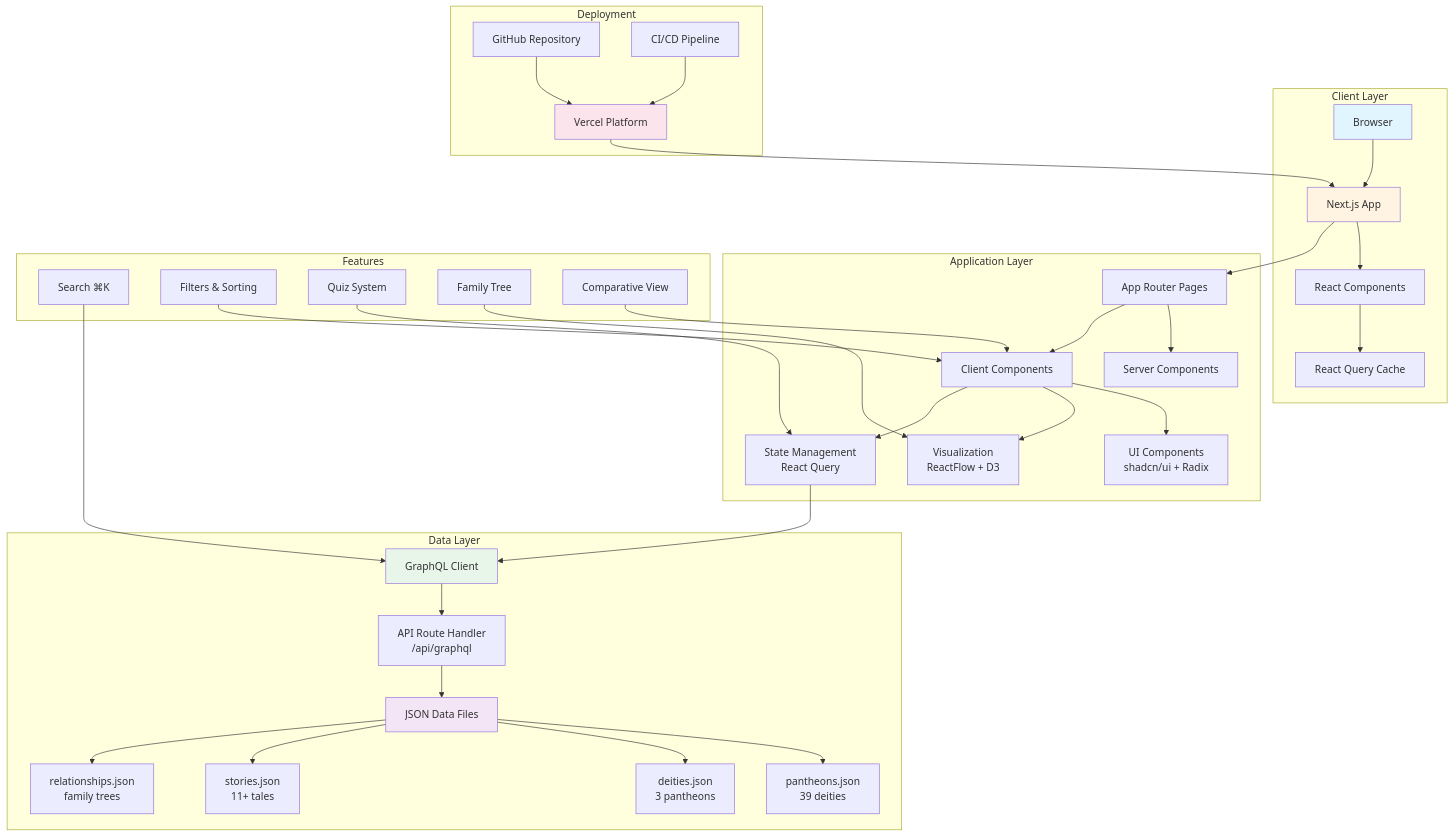
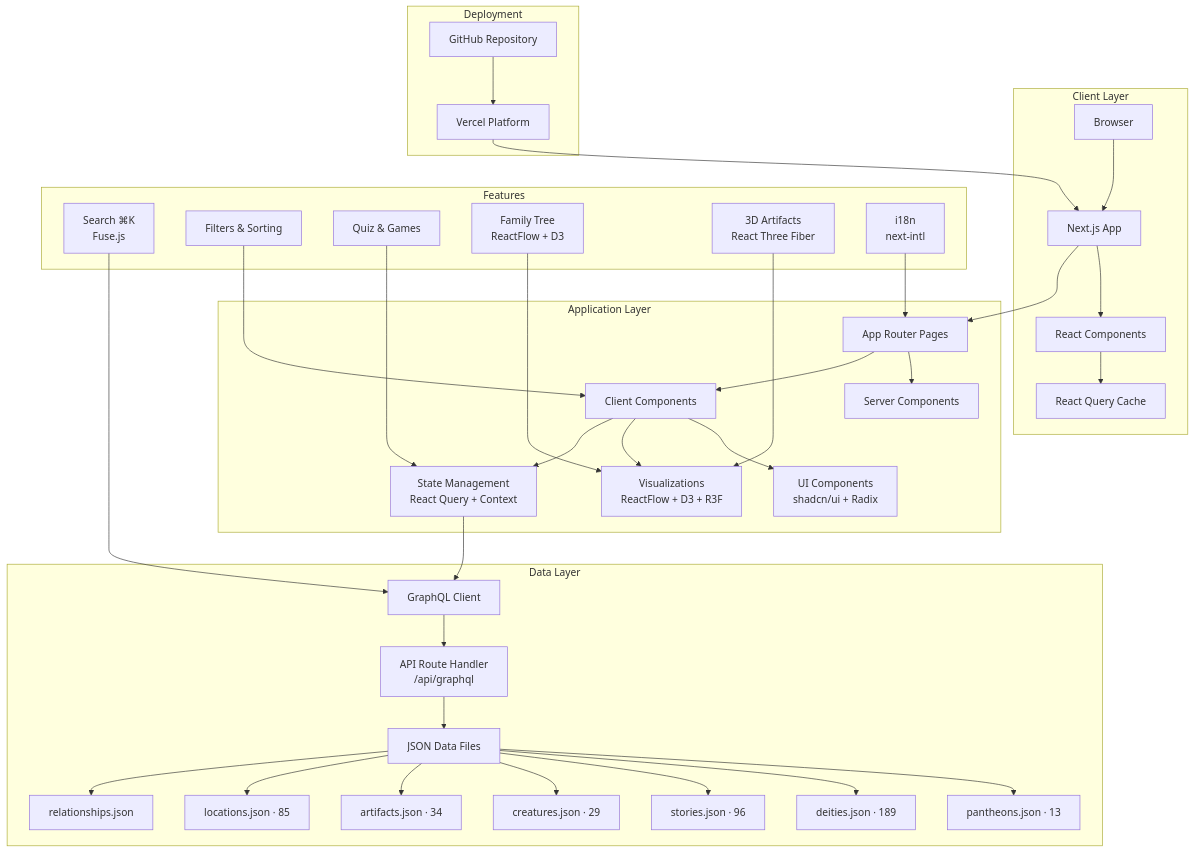
The first of 5 diagrams in ARCHITECTURE.md (forbiddenlink/mythos), drawn with Mermaid before and after one commit. The commit also changed other lines of this file and 2 other files, not shown here.

First line of the commit message:
docs: rewrite README, ARCHITECTURE with accurate data and versions

````diff
--- a/ARCHITECTURE.md
+++ b/ARCHITECTURE.md
@@ -11,48 +11,45 @@
 ```mermaid
 graph TB
     subgraph "Client Layer"
         A[Browser] --> B[Next.js App]
         B --> C[React Components]
         C --> D[React Query Cache]
     end
     
     subgraph "Application Layer"
         B --> E[App Router Pages]
         E --> F[Server Components]
         E --> G[Client Components]
         
         G --> H[UI Components<br/>shadcn/ui + Radix]
-        G --> I[Visualization<br/>ReactFlow + D3]
-        G --> J[State Management<br/>React Query]
+        G --> I[Visualizations<br/>ReactFlow + D3 + R3F]
+        G --> J[State Management<br/>React Query + Context]
     end
     
     subgraph "Data Layer"
         J --> K[GraphQL Client]
         K --> L[API Route Handler<br/>/api/graphql]
         L --> M[JSON Data Files]
-        M --> N[pantheons.json<br/>39 deities]
-        M --> O[deities.json<br/>3 pantheons]
-        M --> P[stories.json<br/>11+ tales]
-        M --> Q[relationships.json<br/>family trees]
+        M --> N[pantheons.json · 13]
+        M --> O[deities.json · 189]
+        M --> P[stories.json · 96]
+        M --> Q[creatures.json · 29]
+        M --> R2[artifacts.json · 34]
+        M --> S2[locations.json · 85]
+        M --> T2[relationships.json]
     end
     
     subgraph "Features"
-        R[Search ⌘K] --> K
+        R[Search ⌘K<br/>Fuse.js] --> K
         S[Filters & Sorting] --> G
-        T[Quiz System] --> J
-        U[Family Tree] --> I
-        V[Comparative View] --> G
+        T[Quiz & Games] --> J
+        U[Family Tree<br/>ReactFlow + D3] --> I
+        V[3D Artifacts<br/>React Three Fiber] --> I
+        W[i18n<br/>next-intl] --> E
     end
     
     subgraph "Deployment"
-        W[Vercel Platform] --> B
-        X[GitHub Repository] --> W
-        Y[CI/CD Pipeline] --> W
+        X[Vercel Platform] --> B
+        Y[GitHub Repository] --> X
     end
-    
-    style A fill:#e1f5ff
-    style B fill:#fff4e1
-    style K fill:#e8f5e9
-    style M fill:#f3e5f5
-    style W fill:#fce4ec
 ```
````
